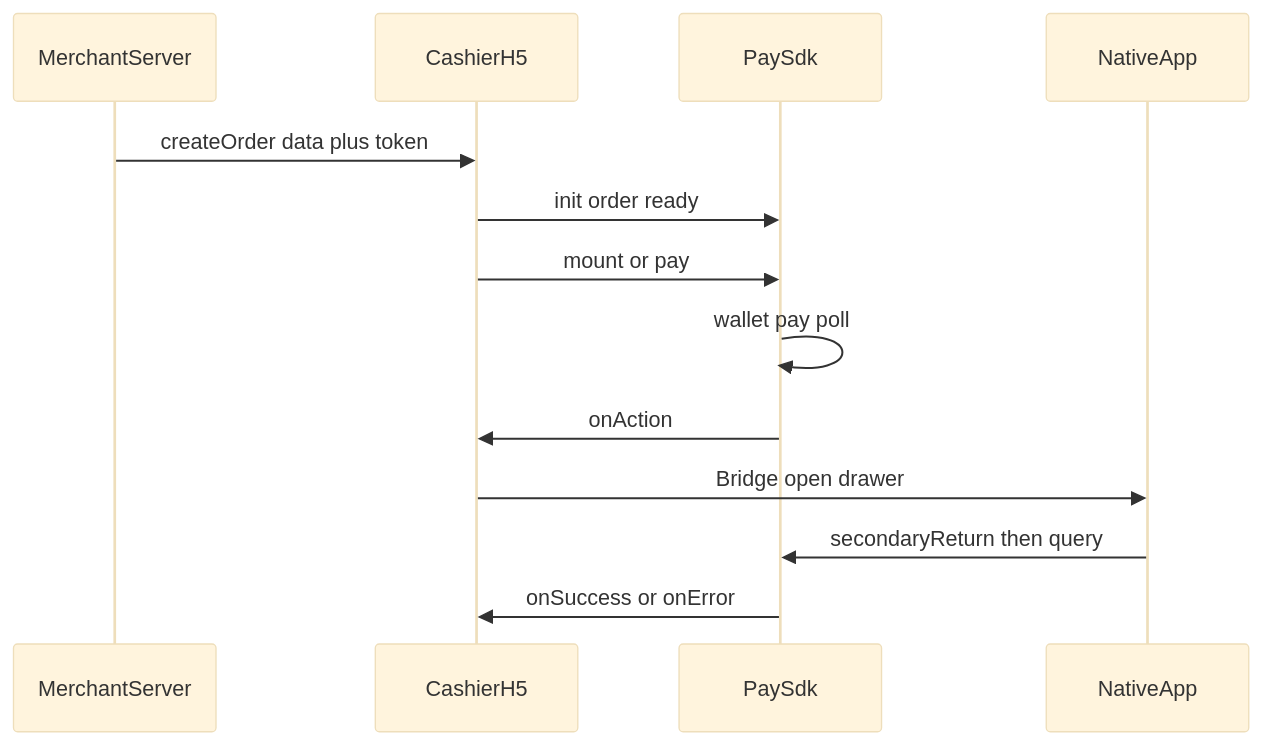
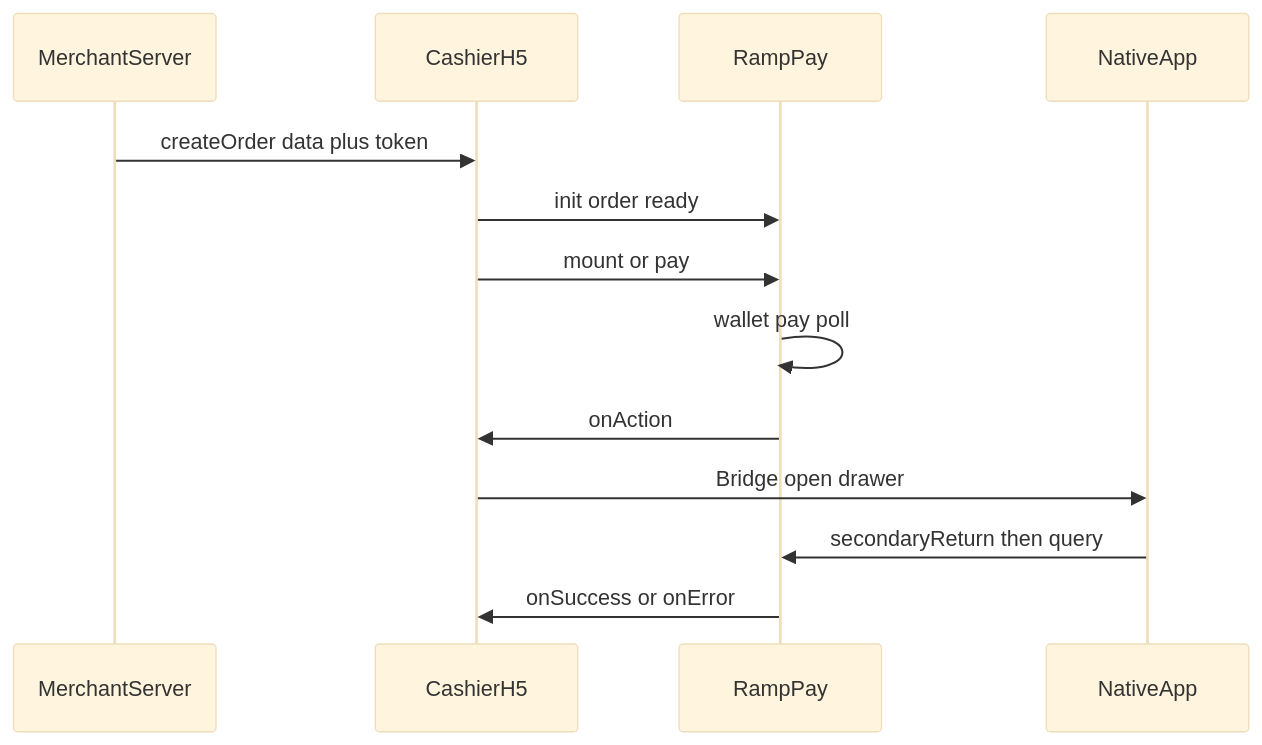
Before and after one commit to zhizi1005/pay-sdk-mvp: the diagram in output/README.md, drawn with Mermaid (base theme). The commit also changed other lines of this file and 23 other files, not shown here.

First line of the commit message:
Ship minify RampPay 1.0.0 for official static hosting.

````diff
--- a/output/README.md
+++ b/output/README.md
@@ -27,15 +30,15 @@
 ```mermaid
 sequenceDiagram
   participant MerchantServer
   participant CashierH5
-  participant PaySdk
+  participant RampPay
   participant NativeApp
   MerchantServer->>CashierH5: createOrder data plus token
-  CashierH5->>PaySdk: init order ready
-  CashierH5->>PaySdk: mount or pay
-  PaySdk->>PaySdk: wallet pay poll
-  PaySdk->>CashierH5: onAction
+  CashierH5->>RampPay: init order ready
+  CashierH5->>RampPay: mount or pay
+  RampPay->>RampPay: wallet pay poll
+  RampPay->>CashierH5: onAction
   CashierH5->>NativeApp: Bridge open drawer
-  NativeApp->>PaySdk: secondaryReturn then query
-  PaySdk->>CashierH5: onSuccess or onError
+  NativeApp->>RampPay: secondaryReturn then query
+  RampPay->>CashierH5: onSuccess or onError
 ```
````
